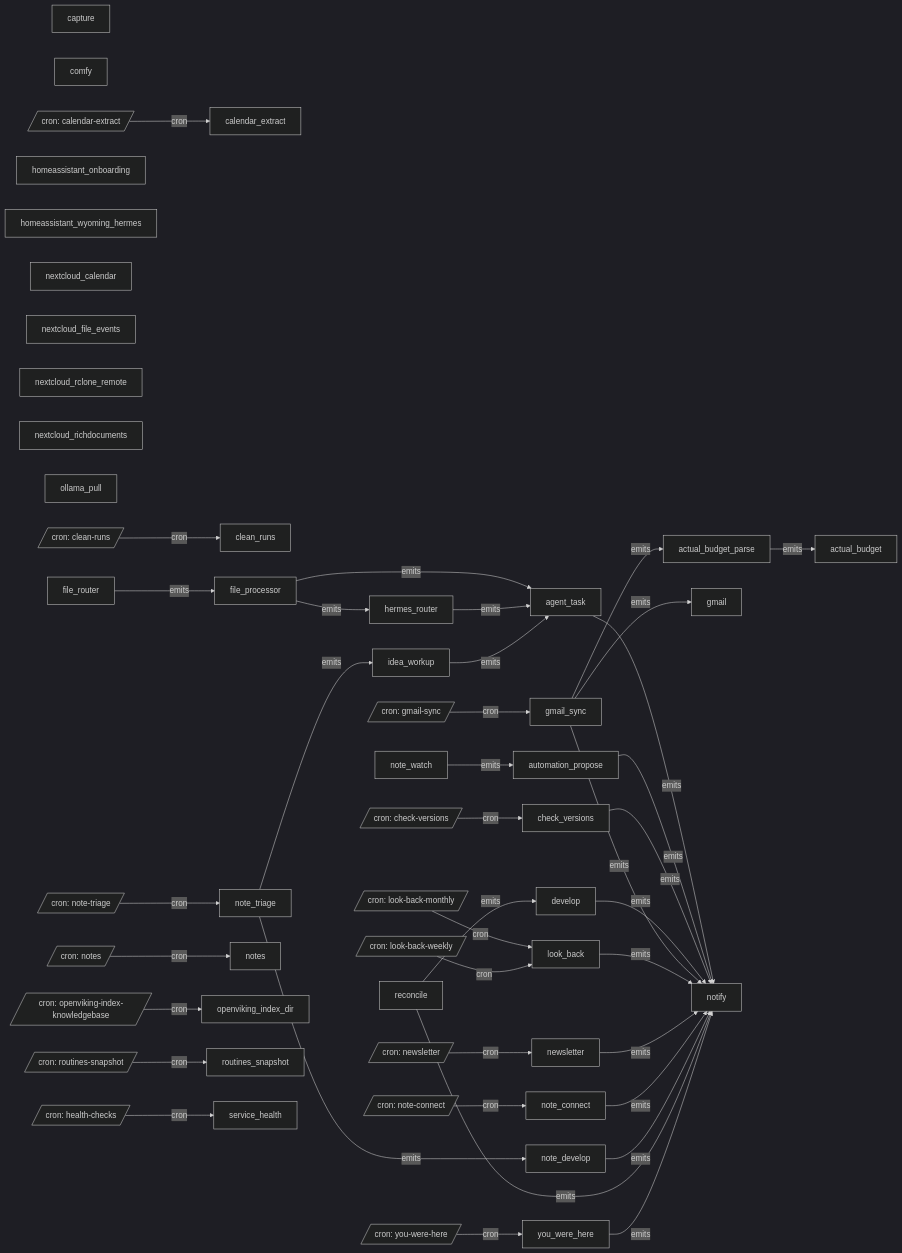
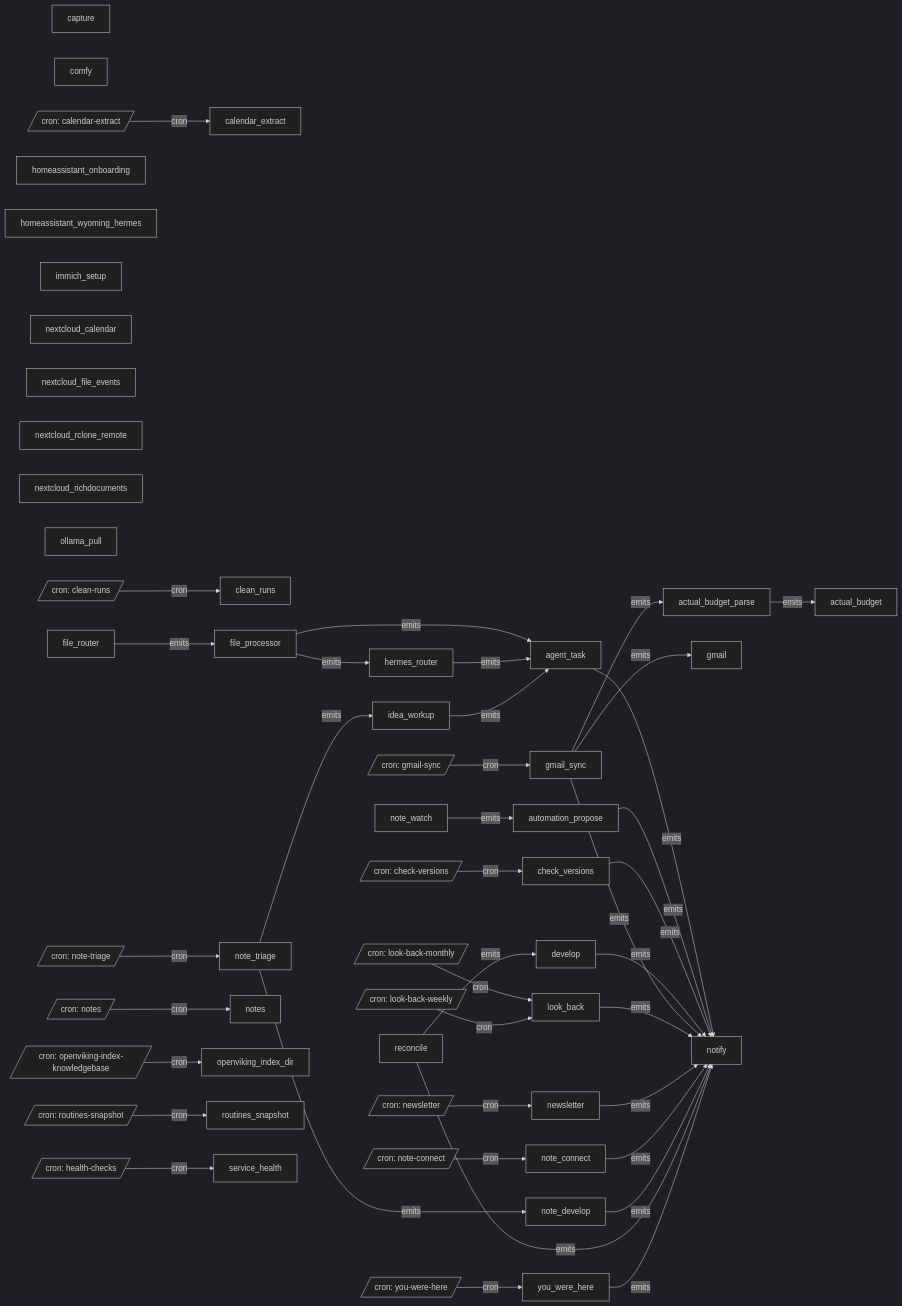
The diagram in automation/graph/system.md (jtmckay/existential), drawn with Mermaid (dark theme) before and after one commit. The commit also changed other lines of this file and 10 other files, not shown here.

First line of the commit message:
photos flow: Immich's admin and NAS External Library set up by a migration

```diff
--- a/automation/graph/system.md
+++ b/automation/graph/system.md
@@ -59,6 +60,7 @@
     homeassistant_onboarding["homeassistant_onboarding"]
     homeassistant_wyoming_hermes["homeassistant_wyoming_hermes"]
     idea_workup["idea_workup"]
+    immich_setup["immich_setup"]
     look_back["look_back"]
     newsletter["newsletter"]
     nextcloud_calendar["nextcloud_calendar"]
```
